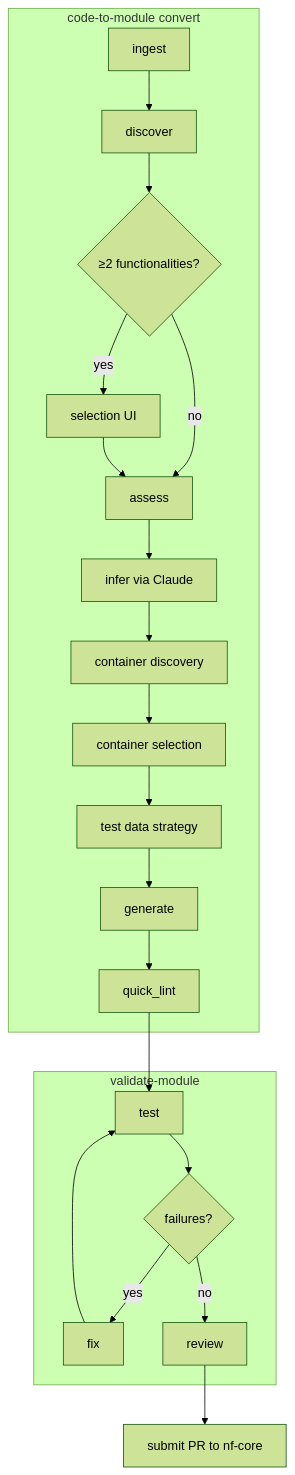
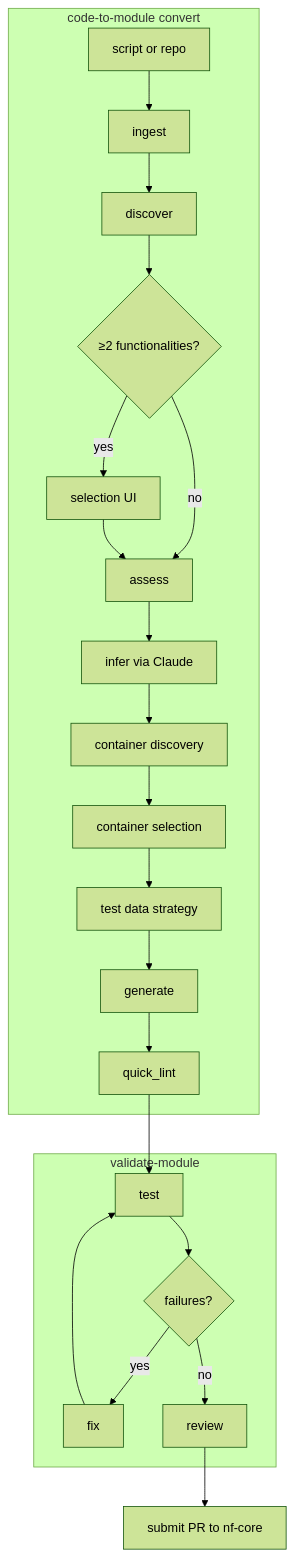
Before and after one commit to svigneau/code-to-module: the diagram in docs/architecture.md, drawn with Mermaid (forest theme).

Commit message:
docs: add missing input node to architecture pipeline diagram

````diff
--- a/docs/architecture.md
+++ b/docs/architecture.md
@@ -48,26 +48,27 @@
 ```mermaid
 flowchart TD
     subgraph convert ["code-to-module convert"]
-        A[ingest] --> B[discover]
-        B --> C{≥2 functionalities?}
-        C -- yes --> D[selection UI]
-        C -- no --> E[assess]
-        D --> E
-        E --> F[infer via Claude]
-        F --> G[container discovery]
-        G --> H[container selection]
-        H --> I[test data strategy]
-        I --> J[generate]
-        J --> K[quick_lint]
+        A[script or repo] --> B[ingest]
+        B --> C[discover]
+        C --> D{≥2 functionalities?}
+        D -- yes --> E[selection UI]
+        D -- no --> F[assess]
+        E --> F
+        F --> G[infer via Claude]
+        G --> H[container discovery]
+        H --> I[container selection]
+        I --> J[test data strategy]
+        J --> K[generate]
+        K --> L[quick_lint]
     end
 
     subgraph validate ["validate-module"]
-        L[test] --> M{failures?}
-        M -- yes --> N[fix]
-        N --> L
-        M -- no --> O[review]
+        M[test] --> N{failures?}
+        N -- yes --> O[fix]
+        O --> M
+        N -- no --> P[review]
     end
 
-    K --> L
-    O --> P[submit PR to nf-core]
+    L --> M
+    P --> Q[submit PR to nf-core]
 ```
````
